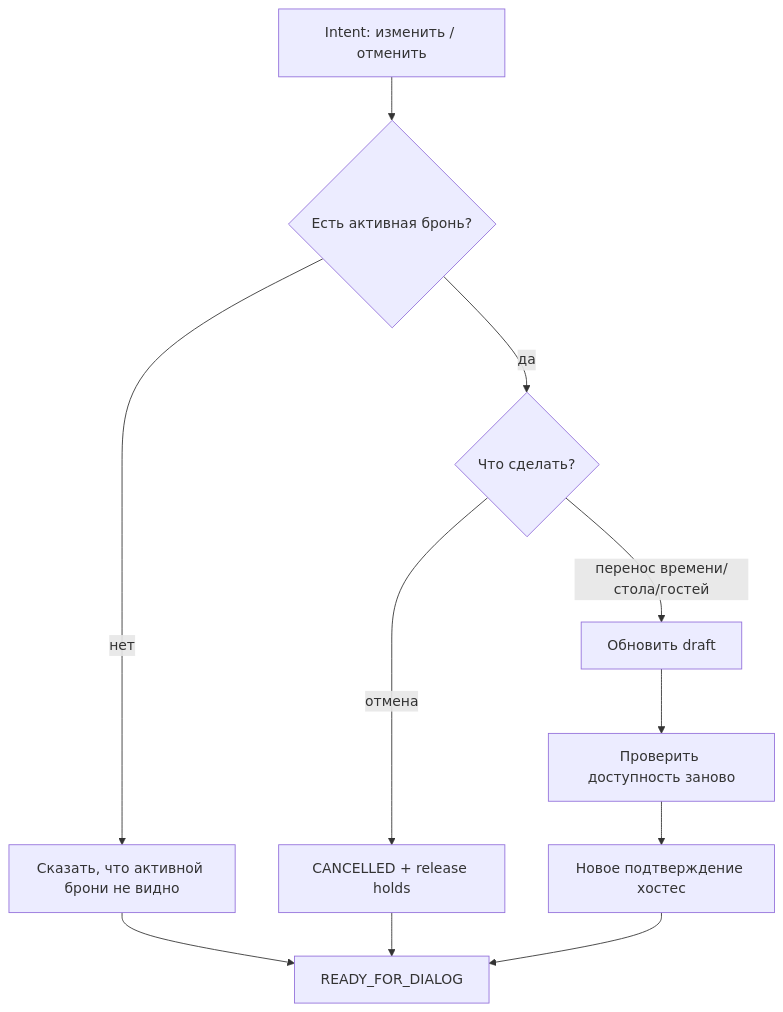
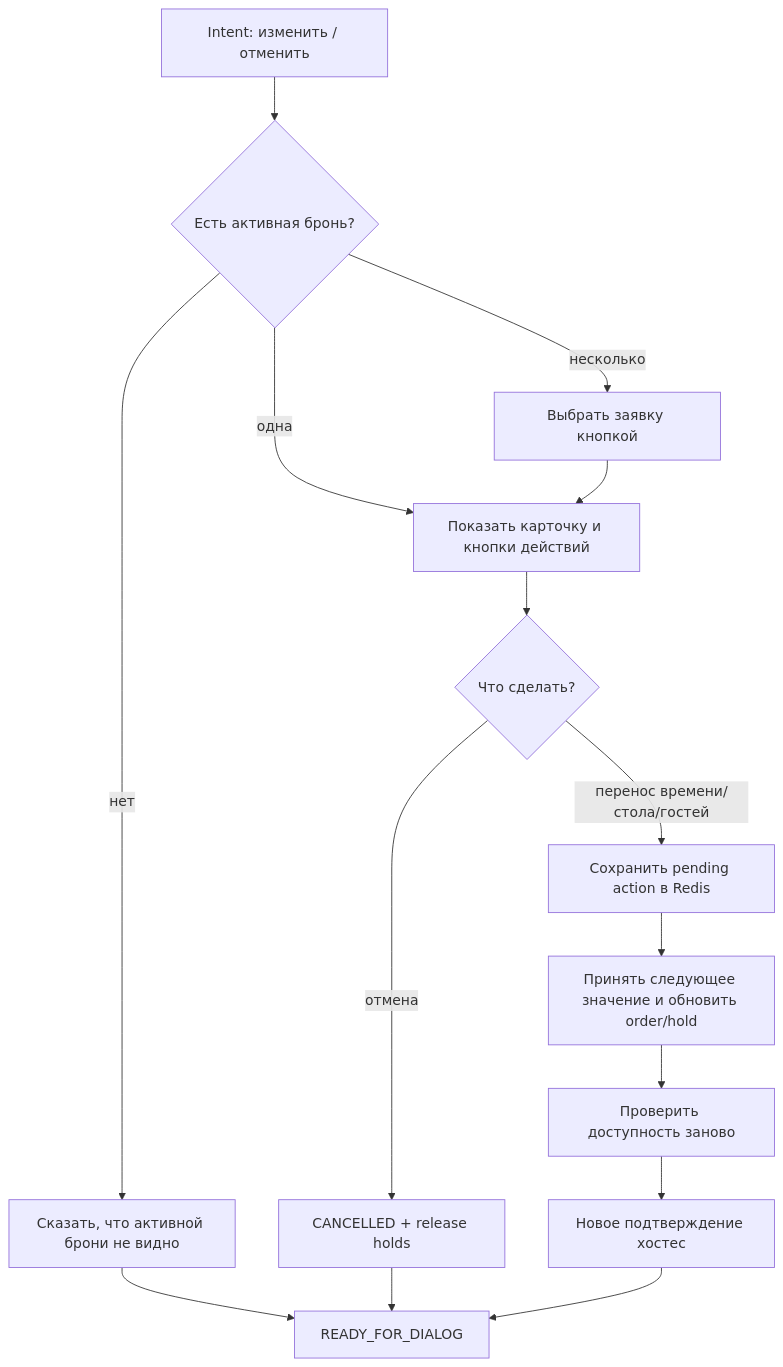
Diagram 19 of 21 in docs/fsm/FSM_SCENARIOS.md (michaelwelly/Astor_Butler_MVP), drawn with Mermaid before and after one commit. The commit also changed other lines of this file and 68 other files, not shown here.

````diff
--- a/docs/fsm/FSM_SCENARIOS.md
+++ b/docs/fsm/FSM_SCENARIOS.md
@@ -963,13 +983,17 @@
 ```mermaid
 flowchart TD
     Start["Intent: изменить / отменить"] --> Lookup{"Есть активная бронь?"}
     Lookup -- "нет" --> NoOrder["Сказать, что активной брони не видно"]
-    Lookup -- "да" --> Action{"Что сделать?"}
+    Lookup -- "одна" --> Card["Показать карточку и кнопки действий"]
+    Lookup -- "несколько" --> Select["Выбрать заявку кнопкой"]
+    Select --> Card
+    Card --> Action{"Что сделать?"}
     Action -- "отмена" --> Cancel["CANCELLED + release holds"]
-    Action -- "перенос времени/стола/гостей" --> Change["Обновить draft"]
+    Action -- "перенос времени/стола/гостей" --> Pending["Сохранить pending action в Redis"]
+    Pending --> Change["Принять следующее значение и обновить order/hold"]
     Change --> Recheck["Проверить доступность заново"]
     Recheck --> Hostess["Новое подтверждение хостес"]
     Cancel --> Home["READY_FOR_DIALOG"]
     NoOrder --> Home
     Hostess --> Home
 ```
````
